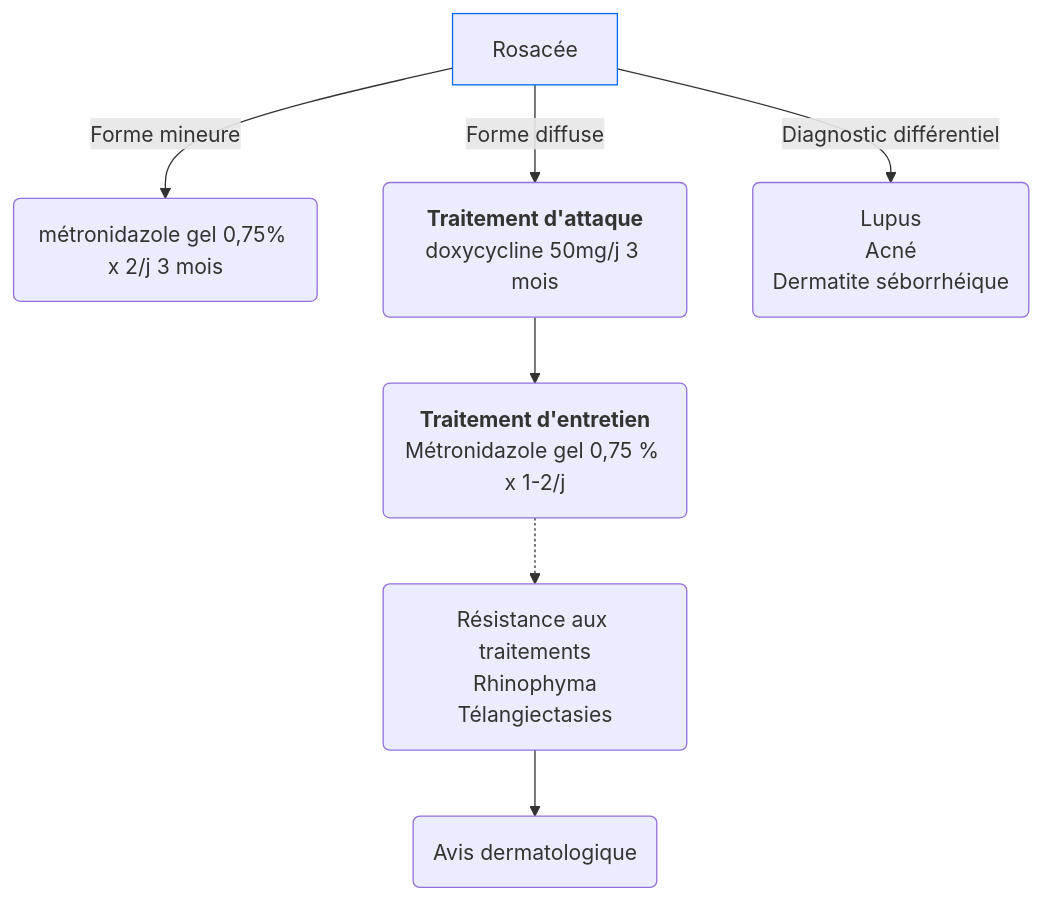
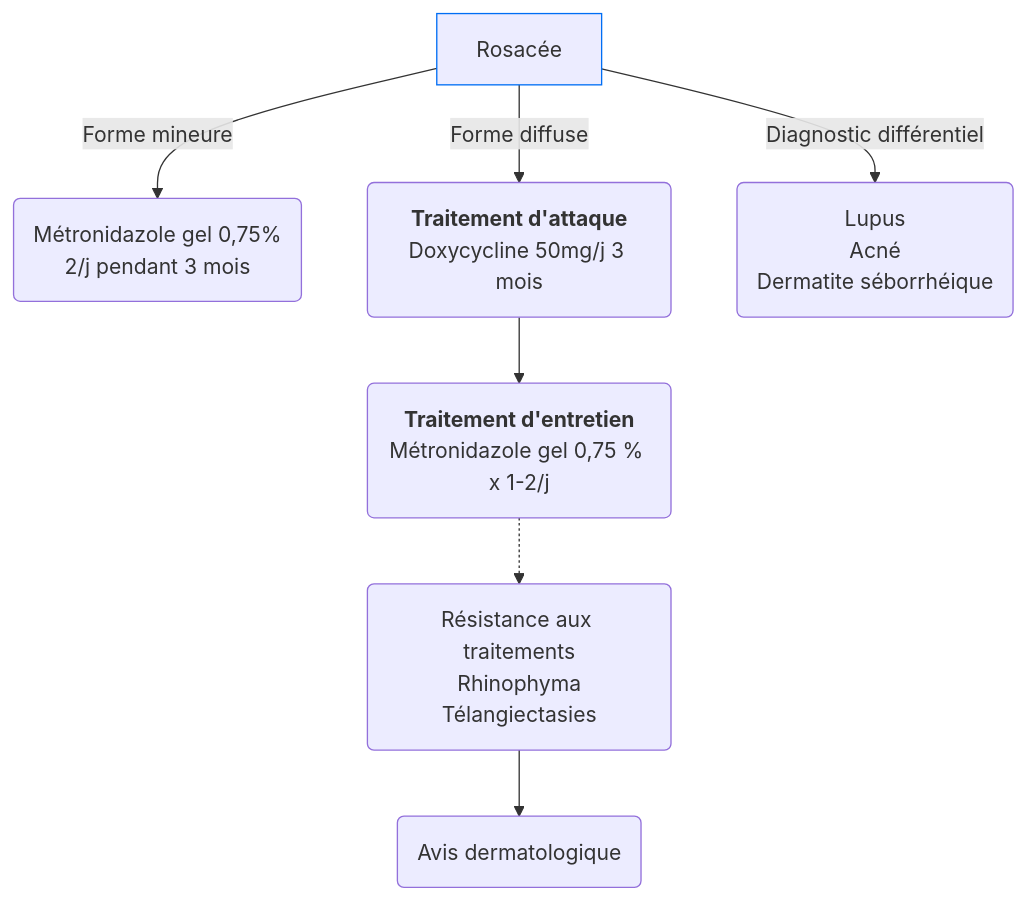
One commit to djibe/recommandations-medicales changed the diagram in content/recommandations/rosacee.md. Above: the diagram before and after it, drawn with Mermaid. The commit also changed other lines of this file and 2 other files, not shown here.

Commit message:
Improve Rosacee

```diff
--- a/content/recommandations/rosacee.md
+++ b/content/recommandations/rosacee.md
@@ -174,8 +181,8 @@
 {{< mermaid title="Conduite à tenir devant une rosacée" >}}
 graph TB
-  rosacee["Rosacée"] --"Forme mineure"--> mineure("métronidazole gel 0,75% x 2/j 3 mois")
+  rosacee["Rosacée"] --"Forme mineure"--> mineure("Métronidazole gel 0,75%<br>2/j pendant 3 mois")
   style rosacee stroke:#006ef4, stroke-width:1px
-  rosacee --"Forme diffuse"--> diffuse("<b>Traitement d'attaque</b><br>doxycycline 50mg/j 3 mois") --> entretien("<b>Traitement d'entretien</b><br>Métronidazole gel 0,75 % x 1-2/j") -.-> autres("Résistance aux traitements<br>Rhinophyma<br>Télangiectasies") --> dermato("Avis dermatologique")
+  rosacee --"Forme diffuse"--> diffuse("<b>Traitement d'attaque</b><br>Doxycycline 50mg/j 3 mois") --> entretien("<b>Traitement d'entretien</b><br>Métronidazole gel 0,75 % x 1-2/j") -.-> autres("Résistance aux traitements<br>Rhinophyma<br>Télangiectasies") --> dermato("Avis dermatologique")
   rosacee --"Diagnostic différentiel"--> differentiel("Lupus<br>Acné<br>Dermatite séborrhéique")
 
 {{< /mermaid >}}
```
